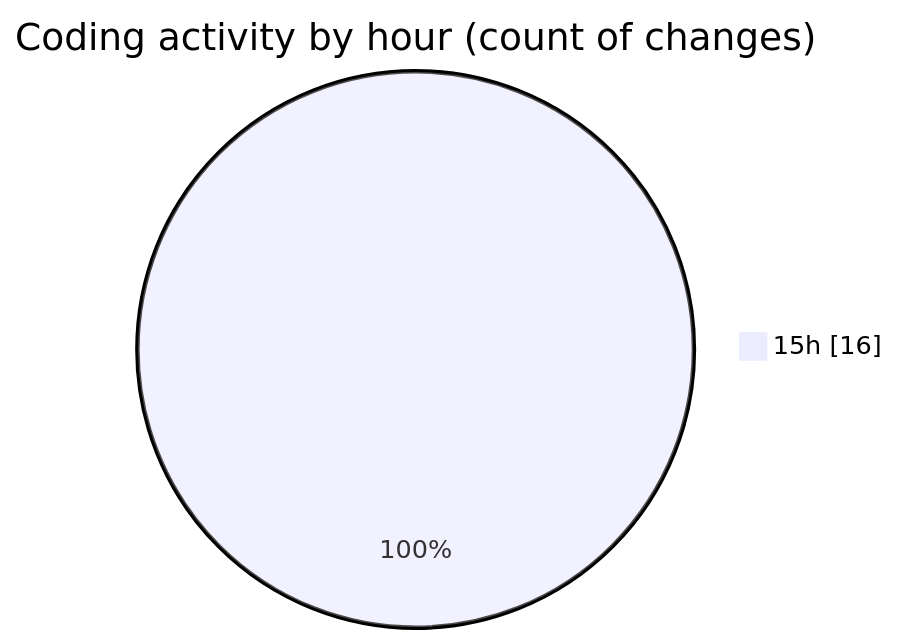
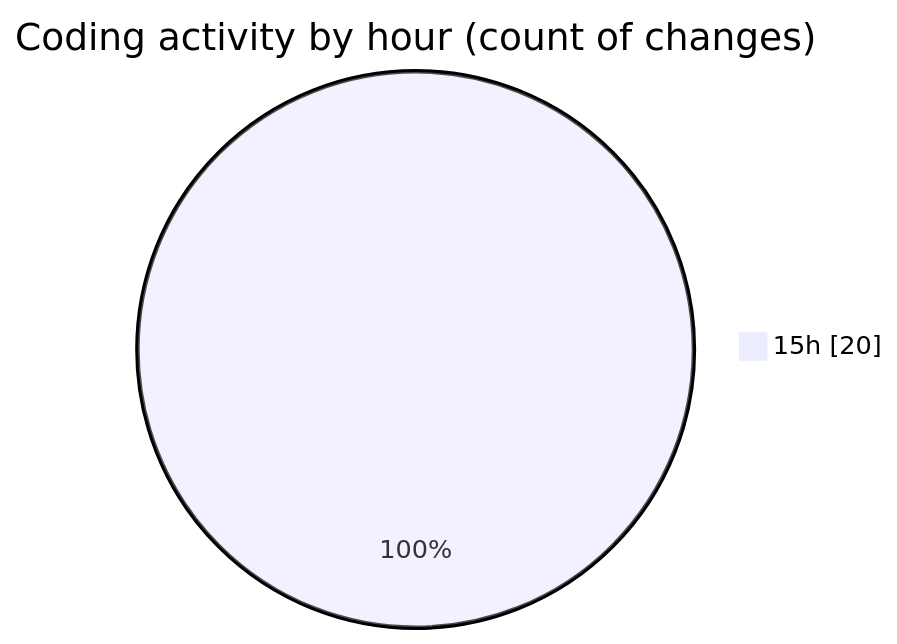
The second of 2 diagrams in 2025-07-31/tw-server/README.md (EIIisD/code-tracking), drawn with Mermaid before and after one commit. The commit also changed other lines of this file and 1 other file, not shown here.

````diff
--- a/2025-07-31/tw-server/README.md
+++ b/2025-07-31/tw-server/README.md
@@ -35,5 +36,5 @@
 ```mermaid
 pie showData
 title Coding activity by hour (count of changes)
-"15h" : 16
+"15h" : 20
 ```
````
